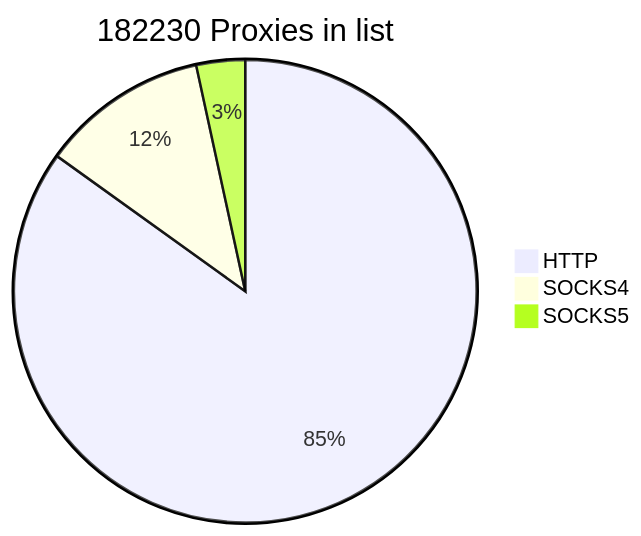
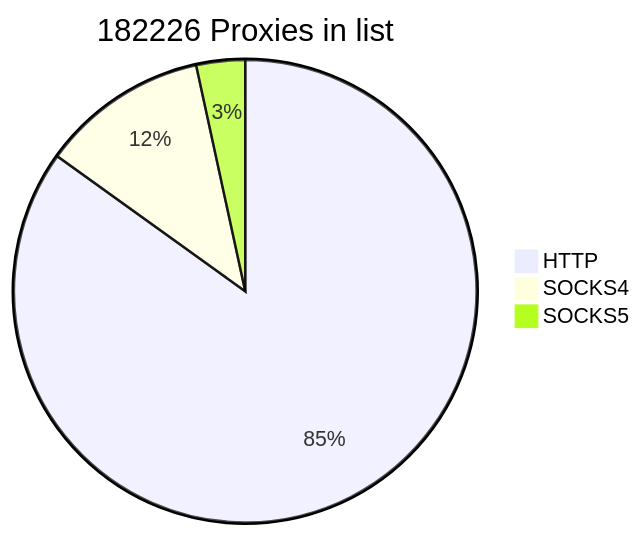
Before and after one commit to cutipu/proxylist: the first of 2 diagrams in README.md, drawn with Mermaid. The commit also changed other lines of this file, not shown here.

````diff
--- a/README.md
+++ b/README.md
@@ -2,7 +2,7 @@
 ```mermaid
-pie title 182230 Proxies in list
-    "HTTP" : 154735
-    "SOCKS4" : 21289
+pie title 182226 Proxies in list
+    "HTTP" : 154733
+    "SOCKS4" : 21287
     "SOCKS5" : 6206
             
 ```
````
